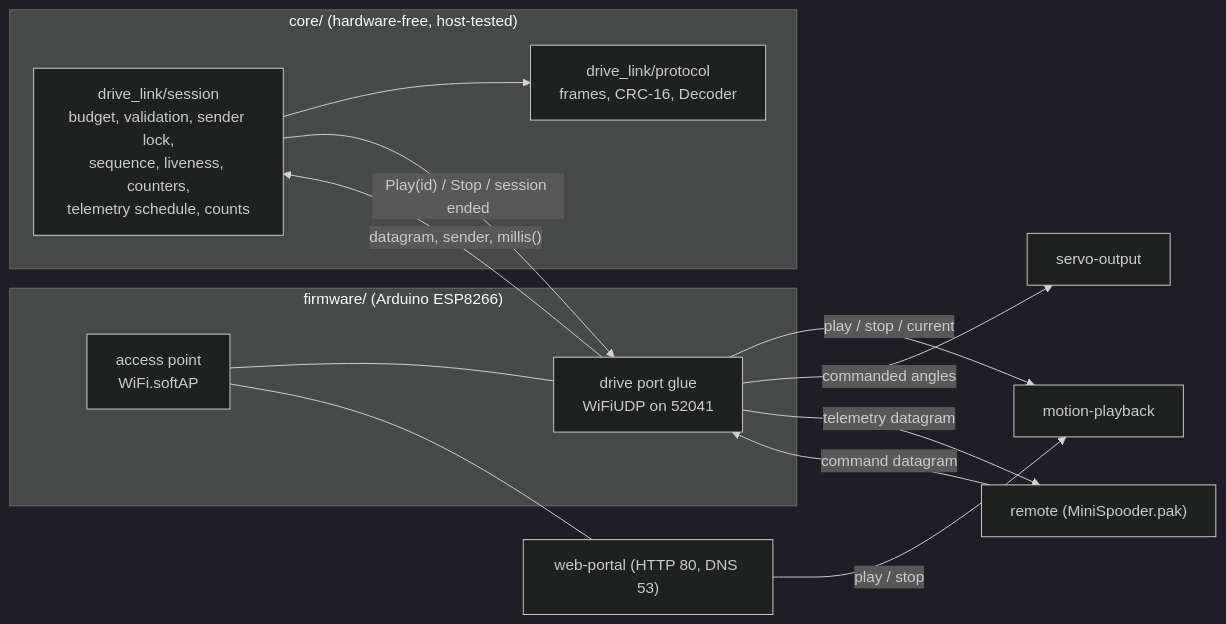
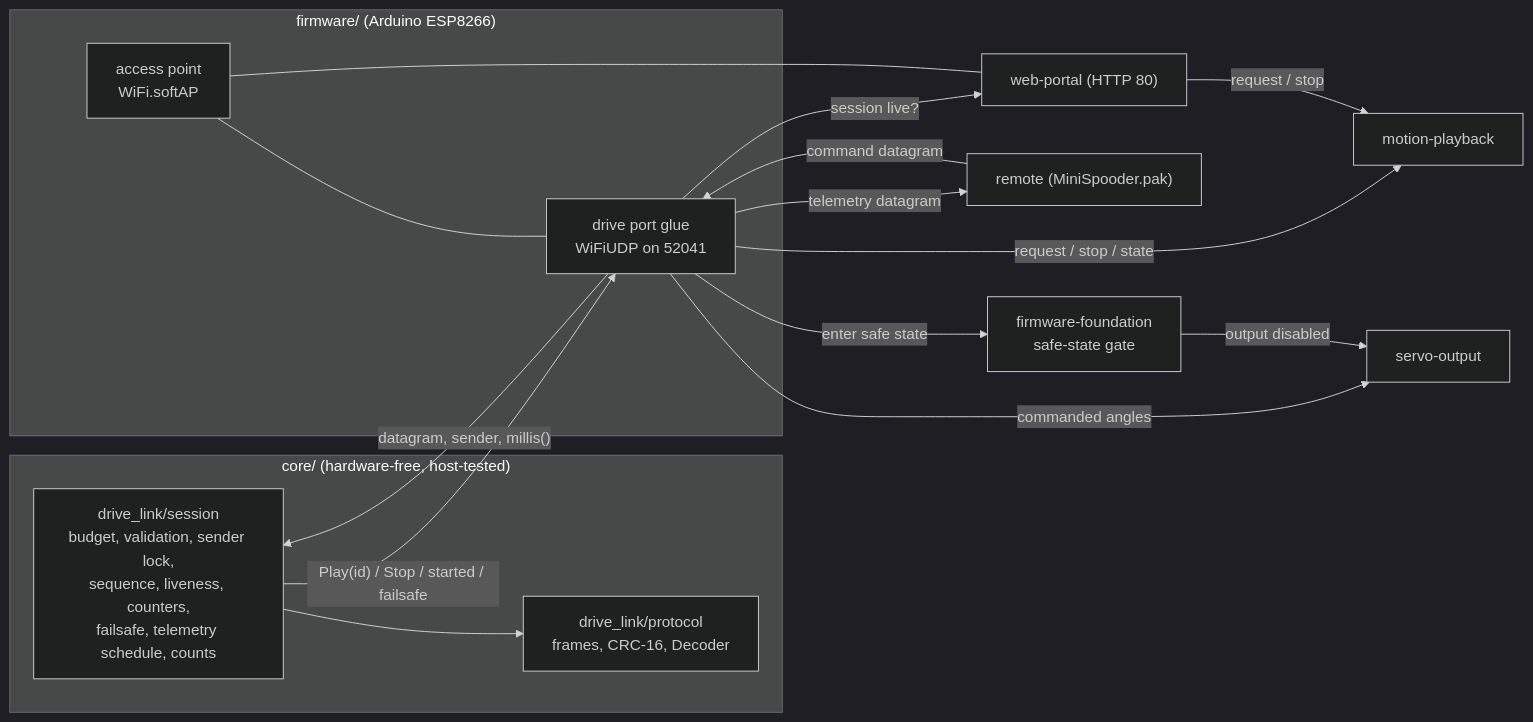
Before and after one commit to blackfyre/mini-spooder: the first of 3 diagrams in openspec/changes/drive-link/design.md, drawn with Mermaid (dark theme). The commit also changed other lines of this file and 3 other files, not shown here.

First line of the commit message:
Reconcile drive-link with the corrected baseline and the other changes

````diff
--- a/openspec/changes/drive-link/design.md
+++ b/openspec/changes/drive-link/design.md
@@ -31,21 +33,24 @@
 ```mermaid
 flowchart LR
   subgraph core["core/ (hardware-free, host-tested)"]
     P["drive_link/protocol<br/>frames, CRC-16, Decoder"]
-    S["drive_link/session<br/>budget, validation, sender lock,<br/>sequence, liveness, counters,<br/>telemetry schedule, counts"]
+    S["drive_link/session<br/>budget, validation, sender lock,<br/>sequence, liveness, counters,<br/>failsafe, telemetry schedule, counts"]
     S --> P
   end
   subgraph fw["firmware/ (Arduino ESP8266)"]
     AP["access point<br/>WiFi.softAP"]
     U["drive port glue<br/>WiFiUDP on 52041"]
   end
   U -- "datagram, sender, millis()" --> S
-  S -- "Play(id) / Stop / session ended" --> U
-  U -- "play / stop / current" --> MP["motion-playback"]
+  S -- "Play(id) / Stop / started / failsafe" --> U
+  U -- "request / stop / state" --> MP["motion-playback"]
   U -- "commanded angles" --> SO["servo-output"]
+  U -- "enter safe state" --> FS["firmware-foundation<br/>safe-state gate"]
+  FS -- "output disabled" --> SO
   U -- "telemetry datagram" --> R["remote (MiniSpooder.pak)"]
   R -- "command datagram" --> U
-  WP["web-portal (HTTP 80, DNS 53)"] -- "play / stop" --> MP
+  U -- "session live?" --> WP["web-portal (HTTP 80)"]
+  WP -- "request / stop" --> MP
   AP --- U
   AP --- WP
 ```
````
